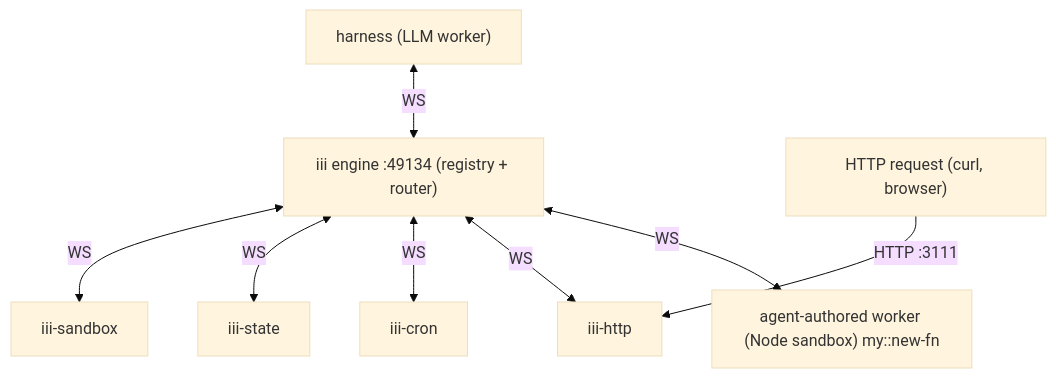
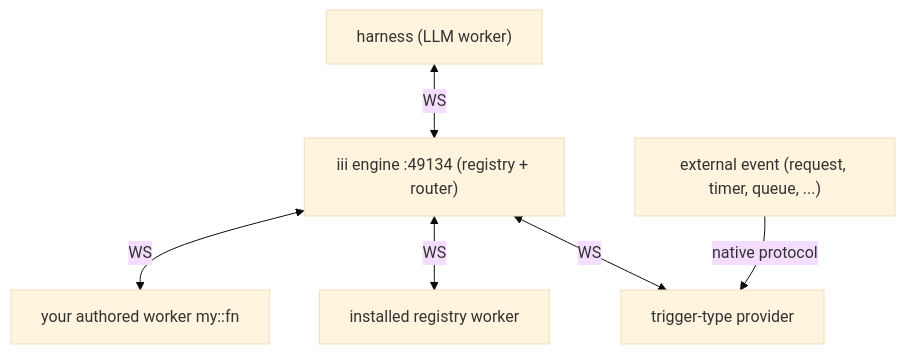
Before and after one commit to himitsuomom/iii-anime: the diagram in engine/src/workers/engine_fn/skills/SKILL.md, drawn with Mermaid (base theme). The commit also changed other lines of this file and 48 other files, not shown here.

````diff
--- a/engine/src/workers/engine_fn/skills/SKILL.md
+++ b/engine/src/workers/engine_fn/skills/SKILL.md
@@ -48,10 +41,8 @@
 ```mermaid
 graph TD
   Harness["harness (LLM worker)"] <-->|"WS"| Engine["iii engine :49134 (registry + router)"]
-  Engine <-->|"WS"| WorkerA["agent-authored worker (Node sandbox) my::new-fn"]
-  Engine <-->|"WS"| Http["iii-http"]
-  Engine <-->|"WS"| Cron["iii-cron"]
-  Engine <-->|"WS"| State["iii-state"]
-  Engine <-->|"WS"| Sb["iii-sandbox"]
-  HttpReq["HTTP request (curl, browser)"] -->|"HTTP :3111"| Http
+  Engine <-->|"WS"| WorkerA["your authored worker my::fn"]
+  Engine <-->|"WS"| WorkerB["installed registry worker"]
+  Engine <-->|"WS"| Provider["trigger-type provider"]
+  External["external event (request, timer, queue, ...)"] -->|"native protocol"| Provider
 ```
````
